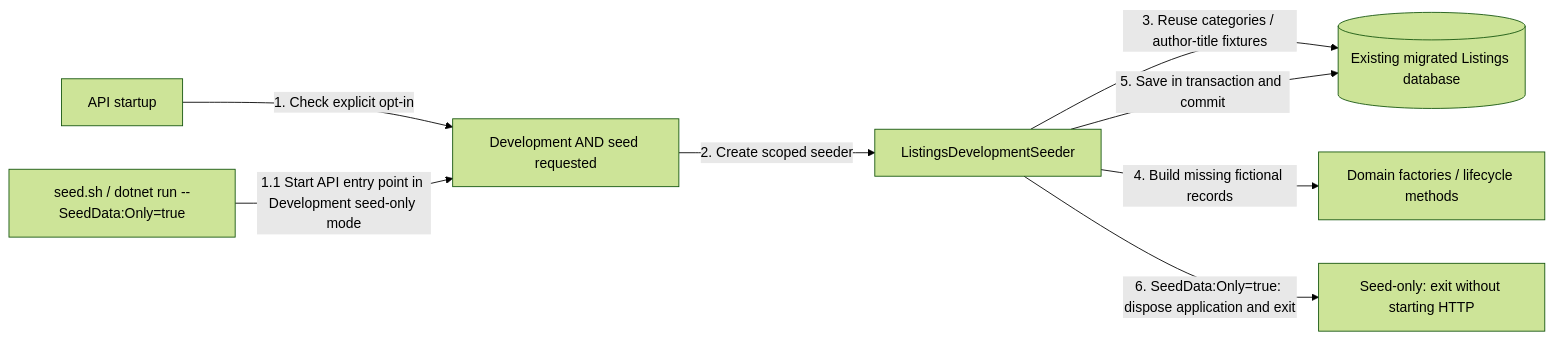
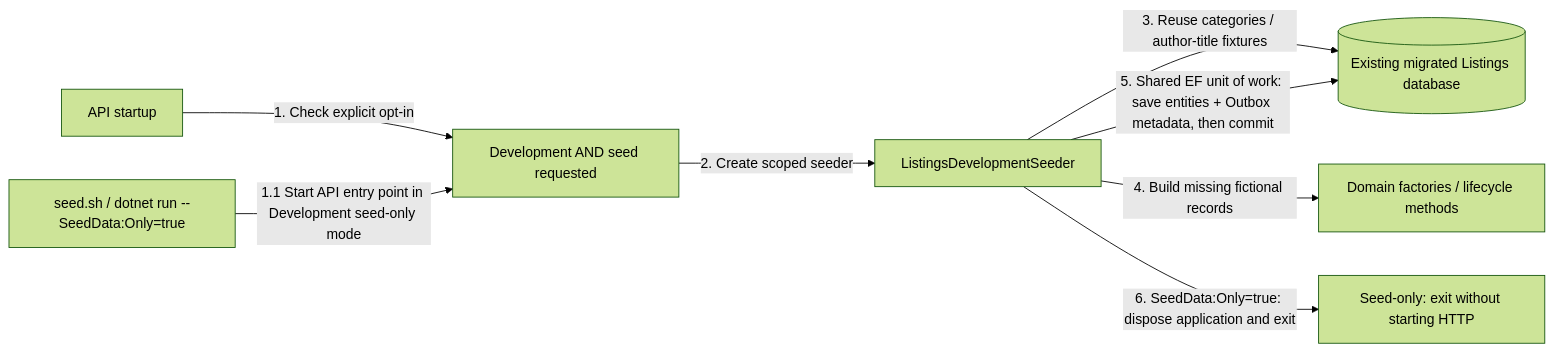
One commit to bogdan-spilevoi/ASET-master-year-1 changed the fifth of 11 diagrams in src/Services/Listings/COMMUNICATION.md. Above: the diagram before and after it, drawn with Mermaid (forest theme). The commit also changed other lines of this file and 85 other files, not shown here.

````diff
--- a/src/Services/Listings/COMMUNICATION.md
+++ b/src/Services/Listings/COMMUNICATION.md
@@ -117,17 +179,17 @@
 ```mermaid
 flowchart LR
     Startup["API startup"]
     Script["seed.sh / dotnet run --SeedData:Only=true"]
     Gate["Development AND seed requested"]
     Seeder["ListingsDevelopmentSeeder"]
     Domain["Domain factories / lifecycle methods"]
     DB[("Existing migrated Listings database")]
     Exit["Seed-only: exit without starting HTTP"]
     Startup -->|"1. Check explicit opt-in"| Gate
     Script -->|"1.1 Start API entry point in Development seed-only mode"| Gate
     Gate -->|"2. Create scoped seeder"| Seeder
     Seeder -->|"3. Reuse categories / author-title fixtures"| DB
     Seeder -->|"4. Build missing fictional records"| Domain
-    Seeder -->|"5. Save in transaction and commit"| DB
+    Seeder -->|"5. Shared EF unit of work: save entities + Outbox metadata, then commit"| DB
     Seeder -->|"6. SeedData:Only=true: dispose application and exit"| Exit
 ```
````
